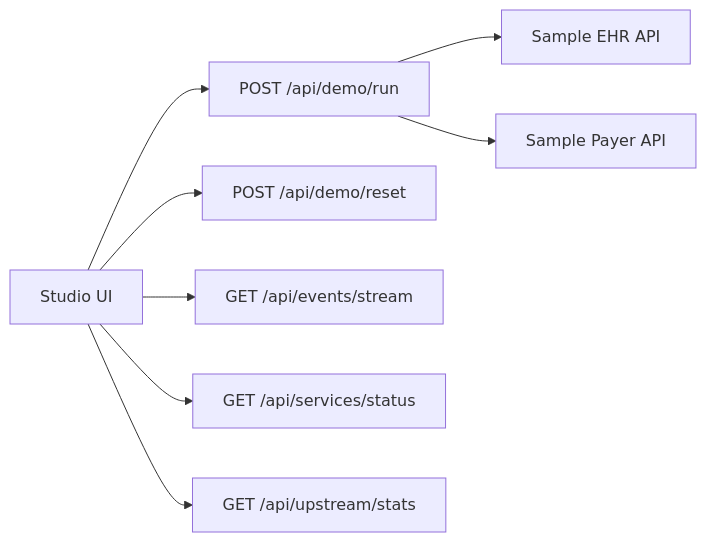
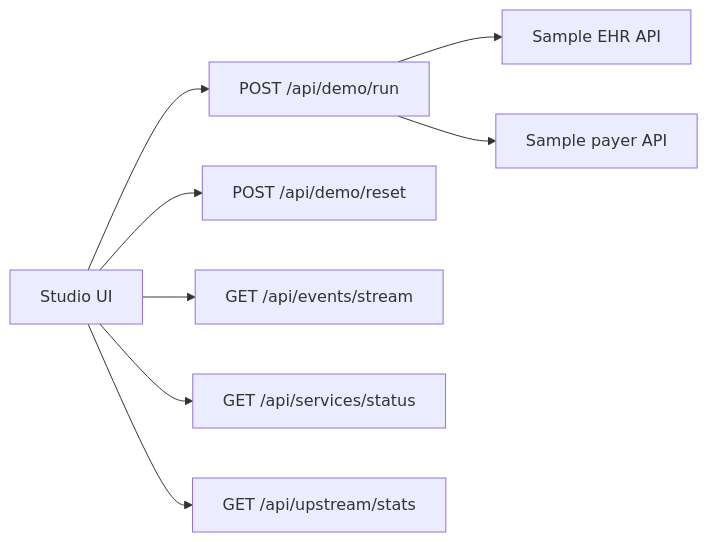
Before and after one commit to roshaninfordham/healthagentpassport: the first of 2 diagrams in docs/api-reference.md, drawn with Mermaid. The commit also changed other lines of this file and 14 other files, not shown here.

Commit message:
Fix GitHub diagrams and simplify landing page

````diff
--- a/docs/api-reference.md
+++ b/docs/api-reference.md
@@ -7,10 +7,10 @@
 ```mermaid
 flowchart LR
-  UI[Studio UI] --> Run["POST /api/demo/run"]
+  UI["Studio UI"] --> Run["POST /api/demo/run"]
   UI --> Reset["POST /api/demo/reset"]
   UI --> Stream["GET /api/events/stream"]
   UI --> Status["GET /api/services/status"]
   UI --> Stats["GET /api/upstream/stats"]
-  Run --> EHR[Sample EHR API]
-  Run --> Payer[Sample Payer API]
+  Run --> EHR["Sample EHR API"]
+  Run --> Payer["Sample payer API"]
 ```
````
